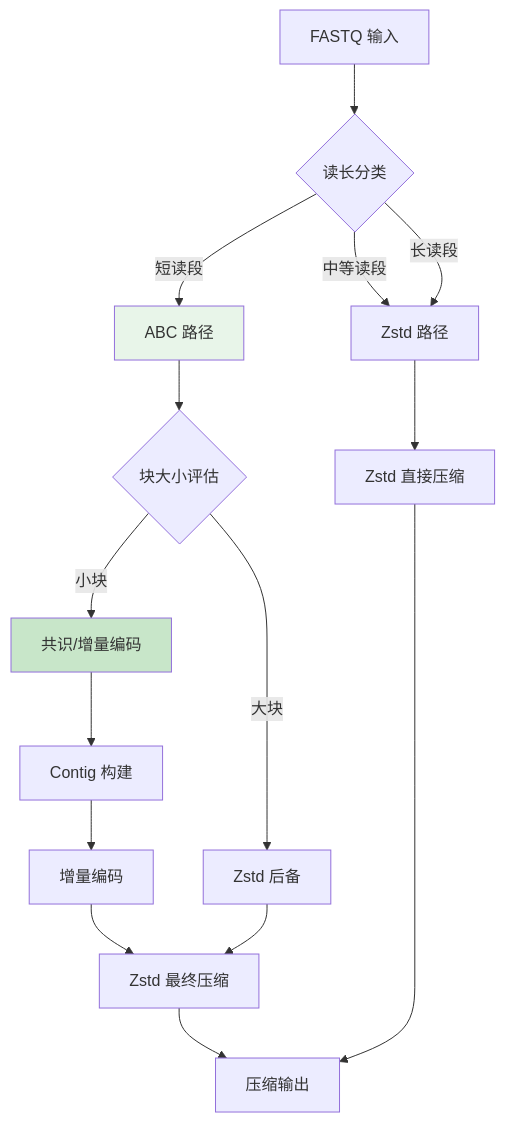
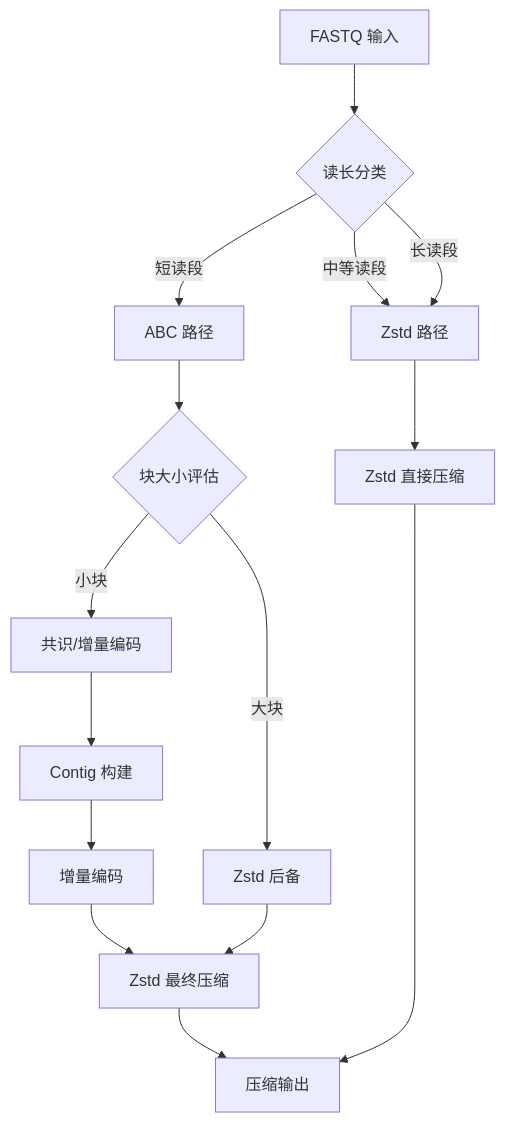
Before and after one commit to open-genomics/fq-compressor-rust: the first of 4 diagrams in docs/zh/algorithms/index.md, drawn with Mermaid. The commit also changed other lines of this file and 23 other files, not shown here.

````diff
--- a/docs/zh/algorithms/index.md
+++ b/docs/zh/algorithms/index.md
@@ -7,24 +7,22 @@
 ```mermaid
 flowchart TD
     A[FASTQ 输入] --> B{读长分类}
     B -->|短读段| C[ABC 路径]
     B -->|中等读段| D[Zstd 路径]
     B -->|长读段| D
     
     C --> E{块大小评估}
     E -->|小块| F[共识/增量编码]
     E -->|大块| G[Zstd 后备]
     
     F --> H[Contig 构建]
     H --> I[增量编码]
     I --> J[Zstd 最终压缩]
     
     G --> J
     D --> K[Zstd 直接压缩]
     
     J --> L[压缩输出]
     K --> L
     
-    style C fill:#E8F5E9
-    style F fill:#C8E6C9
 ```
````
